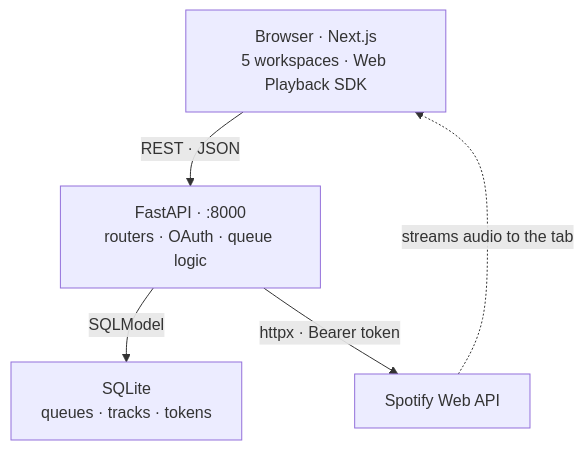
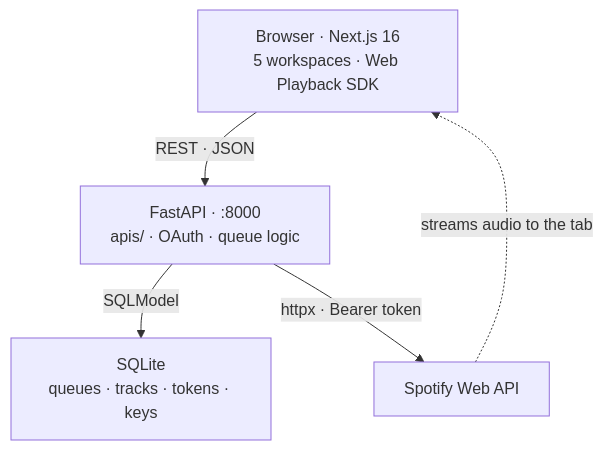
One commit to MatiasPF1/FocusLab changed the diagram in README.md. Above: the diagram before and after it, drawn with Mermaid. The commit also changed other lines of this file and 63 other files, not shown here.

````diff
--- a/README.md
+++ b/README.md
@@ -45,12 +165,12 @@
 ```mermaid
 flowchart TD
-    B["Browser · Next.js<br/>5 workspaces · Web Playback SDK"]
-    A["FastAPI · :8000<br/>routers · OAuth · queue logic"]
-    D["SQLite<br/>queues · tracks · tokens"]
+    B["Browser · Next.js 16<br/>5 workspaces · Web Playback SDK"]
+    A["FastAPI · :8000<br/>apis/ · OAuth · queue logic"]
+    D["SQLite<br/>queues · tracks · tokens · keys"]
     S["Spotify Web API"]
 
     B -->|"REST · JSON"| A
     A -->|"SQLModel"| D
     A -->|"httpx · Bearer token"| S
     S -.->|"streams audio to the tab"| B
 ```
````
